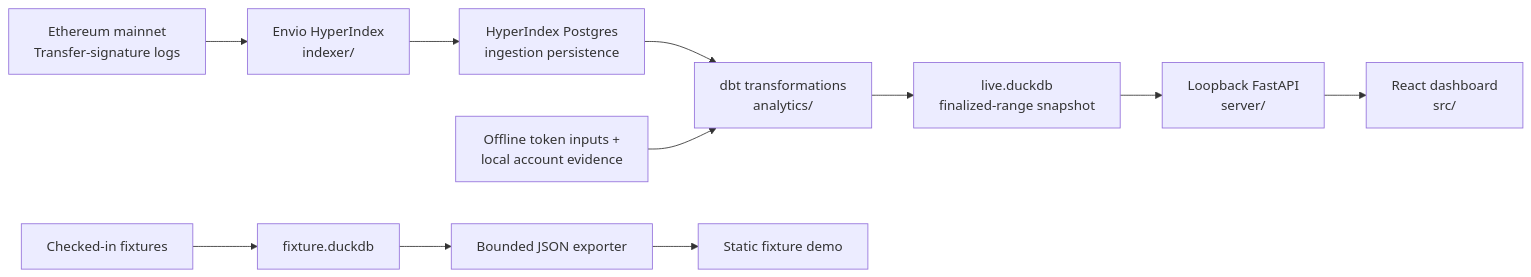
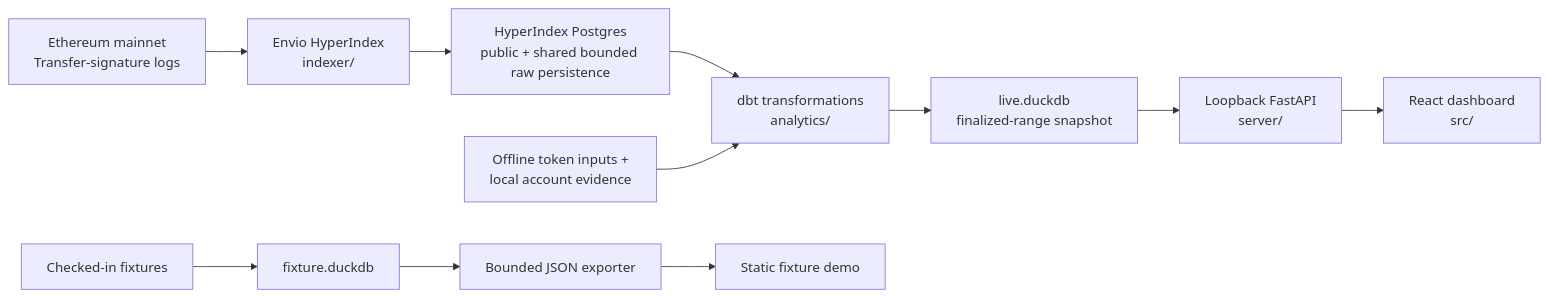
One commit to ubabe53/evm-wallet-search changed the diagram in README.md. Above: the diagram before and after it, drawn with Mermaid. The commit also changed other lines of this file and 20 other files, not shown here.

````diff
--- a/README.md
+++ b/README.md
@@ -33,14 +32,14 @@
 ```mermaid
 flowchart LR
     eth["Ethereum mainnet<br/>Transfer-signature logs"] --> indexer["Envio HyperIndex<br/>indexer/"]
-    indexer --> postgres["HyperIndex Postgres<br/>ingestion persistence"]
+    indexer --> postgres["HyperIndex Postgres<br/>public + shared bounded raw persistence"]
     postgres --> dbt["dbt transformations<br/>analytics/"]
     enrich["Offline token inputs +<br/>local account evidence"] --> dbt
     dbt --> live["live.duckdb<br/>finalized-range snapshot"]
     live --> api["Loopback FastAPI<br/>server/"]
     api --> dashboard["React dashboard<br/>src/"]
 
     fixtures["Checked-in fixtures"] --> fixturedb["fixture.duckdb"]
     fixturedb --> export["Bounded JSON exporter"]
     export --> static["Static fixture demo"]
 ```
````
